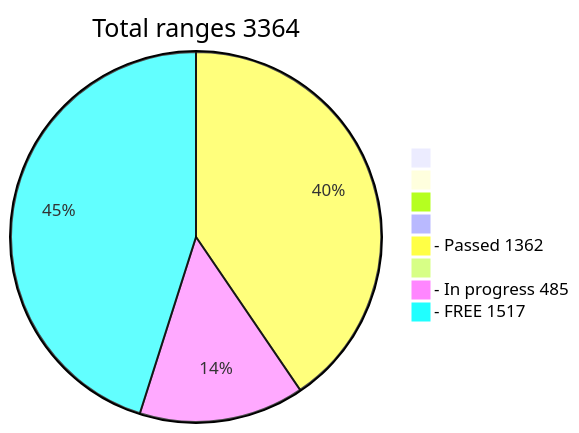
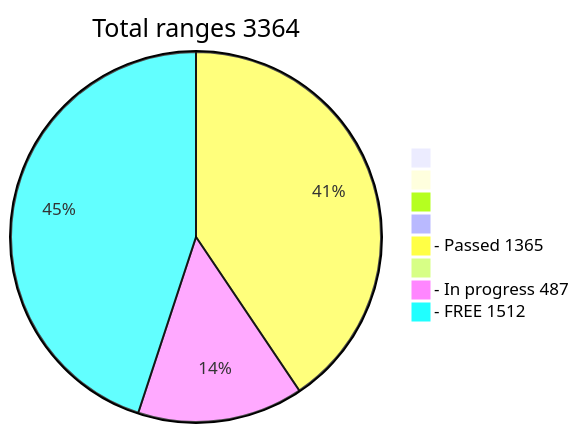
One commit to phrutis/wif500 changed the diagram in README.md. Above: the diagram before and after it, drawn with Mermaid.

````diff
--- a/README.md
+++ b/README.md
@@ -16,12 +16,12 @@
 ```mermaid
 pie title Total ranges 3364
              " " : 0
             "  " : 0
            "   " : 0
           "    " : 0
-  "- Passed 1362" : 1362
+  "- Passed 1365" : 1365
          "     " : 0
-  "- In progress 485" : 485
-   "- FREE 1517" : 1517
+  "- In progress 487" : 487
+   "- FREE 1512" : 1512
    
 ```
````
